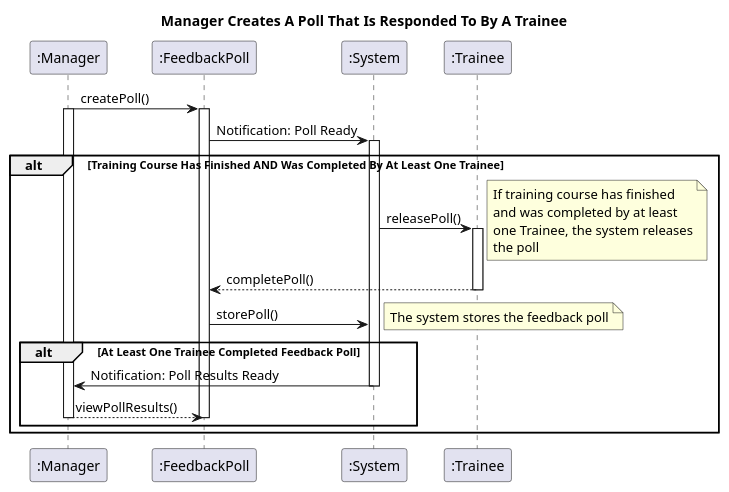
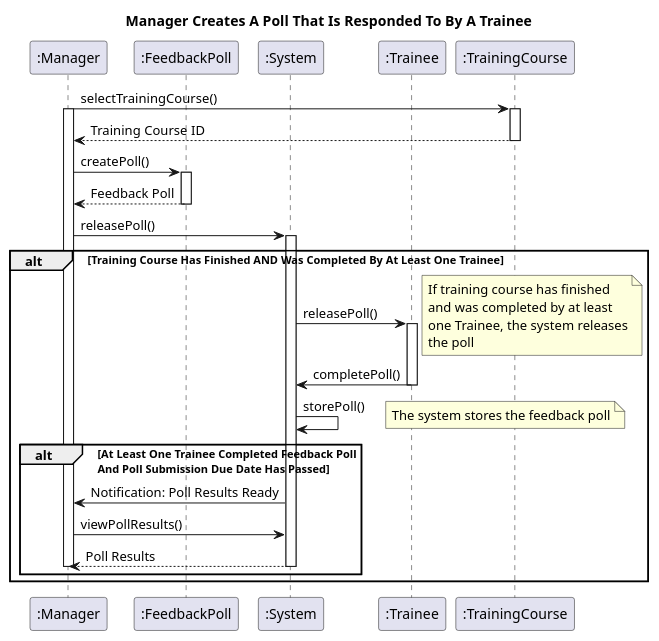
One commit to lukegasbarro/SEF_Group67 changed the diagram in managerFeedbackPoll.plantuml. Above: the diagram before and after it, drawn with PlantUML. The commit also changed 7 other files, not shown here.

```diff
--- a/managerFeedbackPoll.plantuml
+++ b/managerFeedbackPoll.plantuml
@@ -1,33 +1,42 @@
 @startuml
 ' title "Manager Collects Trainee Feedback Poll"
 title Manager Creates A Poll That Is Responded To By A Trainee
 participant ":Manager" as manager
 participant ":FeedbackPoll" as feedback
 participant ":System" as system
 participant ":Trainee" as trainee
+participant ":TrainingCourse" as trainingCourse
 
+manager -> trainingCourse : selectTrainingCourse()
+activate manager
+activate trainingCourse
+trainingCourse --> manager : Training Course ID
+deactivate trainingCourse
 manager -> feedback : createPoll()
-activate manager
 activate feedback
-feedback -> system : Notification: Poll Ready
+feedback --> manager : Feedback Poll
+deactivate feedback
+manager -> system : releasePoll()
+' feedback -> system : Notification: Poll Ready
 activate system
 
 alt Training Course Has Finished AND Was Completed By At Least One Trainee
     system -> trainee : releasePoll()  
     activate trainee
     note right: If training course has finished\nand was completed by at least\none Trainee, the system releases\nthe poll
-    trainee --> feedback : completePoll()
+    trainee -> system : completePoll()
     deactivate trainee
-    feedback -> system : storePoll()            
+    system -> system : storePoll()            
     note right: The system stores the feedback poll
 
-    alt At Least One Trainee Completed Feedback Poll
+    alt At Least One Trainee Completed Feedback Poll\nAnd Poll Submission Due Date Has Passed
         system -> manager : Notification: Poll Results Ready
+        manager -> system : viewPollResults()
+        system --> manager : Poll Results
         deactivate system
-        manager --> feedback : viewPollResults()
         deactivate feedback
         deactivate manager
     end
 end
 
 @enduml
```
